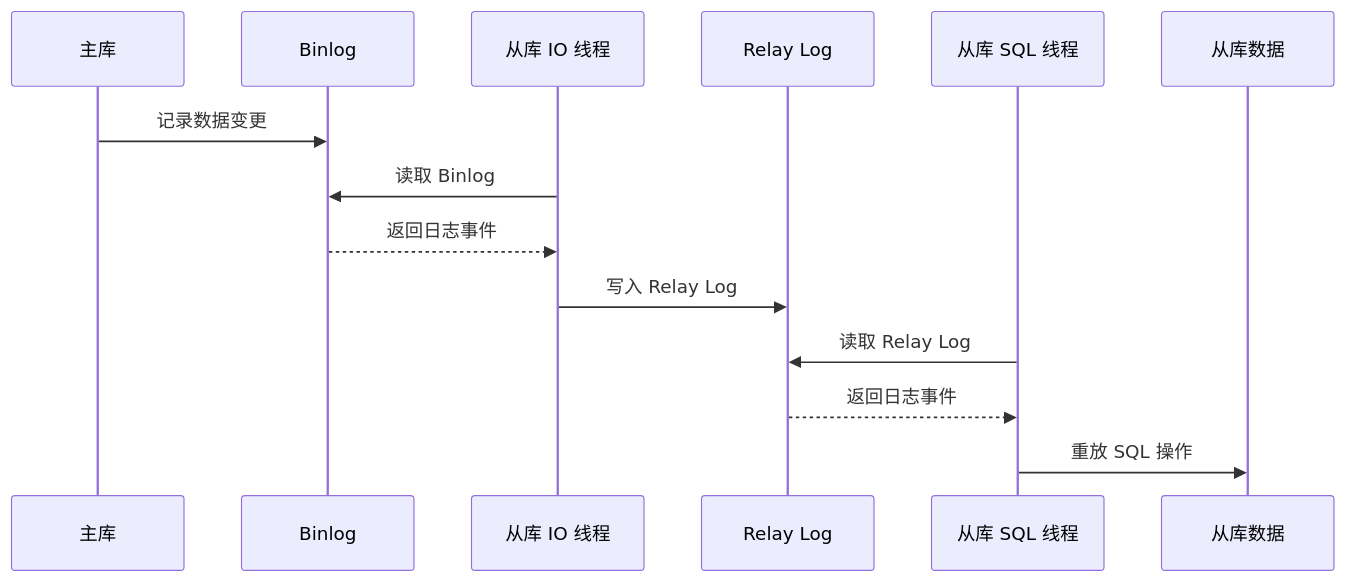
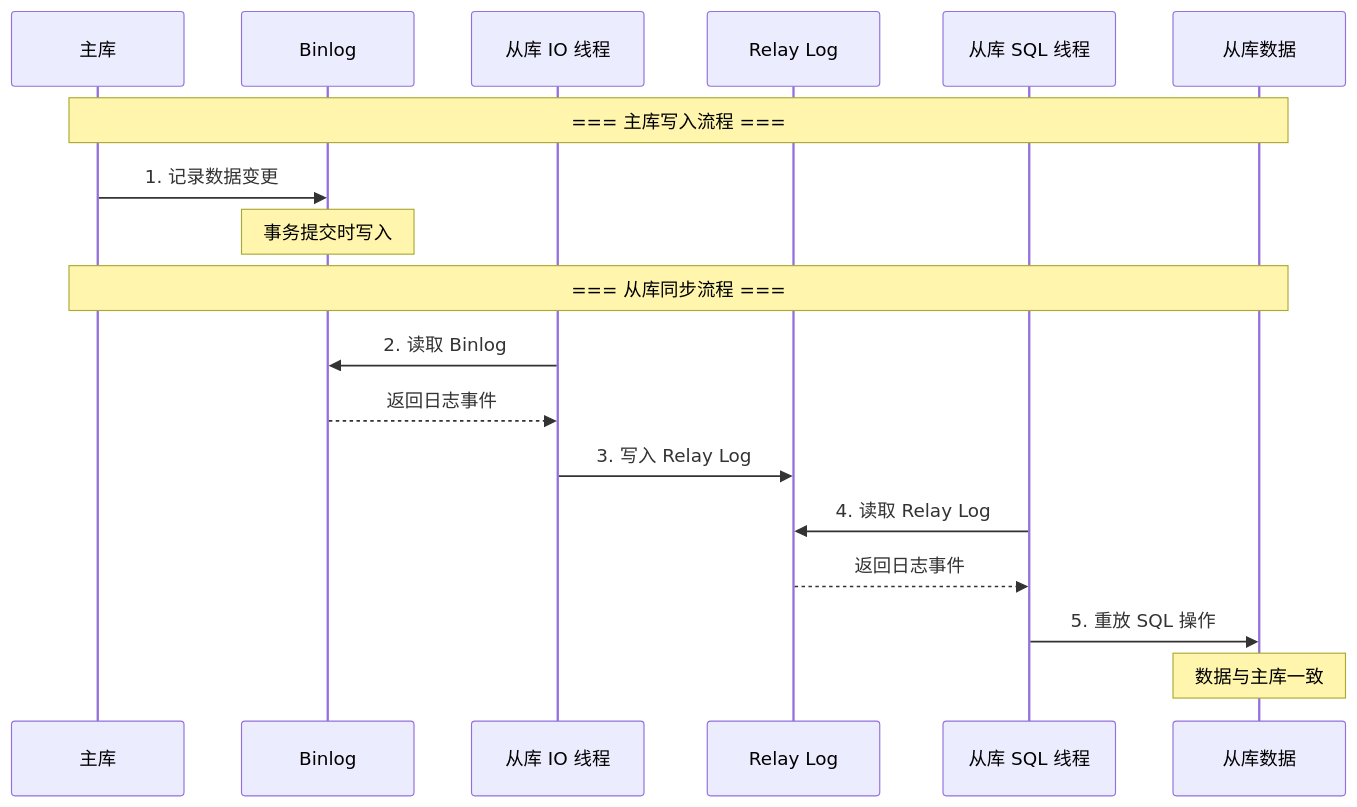
The sixth of 8 diagrams in document/MySQL/MySQL 三大日志详解.md (watslab/interview_doc), drawn with Mermaid before and after one commit. The commit also changed other lines of this file and 4 other files, not shown here.

````diff
--- a/document/MySQL/MySQL 三大日志详解.md
+++ b/document/MySQL/MySQL 三大日志详解.md
@@ -355,17 +406,25 @@
 ```mermaid
 sequenceDiagram
     participant Master as 主库
     participant Binlog as Binlog
     participant IO as 从库 IO 线程
     participant Relay as Relay Log
     participant SQL as 从库 SQL 线程
     participant Slave as 从库数据
+
+    Note over Master,Slave: === 主库写入流程 ===
     
-    Master->>Binlog: 记录数据变更
-    IO->>Binlog: 读取 Binlog
+    Master->>Binlog: 1. 记录数据变更
+    Note over Binlog: 事务提交时写入
+    
+    Note over Master,Slave: === 从库同步流程 ===
+    
+    IO->>Binlog: 2. 读取 Binlog
     Binlog-->>IO: 返回日志事件
-    IO->>Relay: 写入 Relay Log
-    SQL->>Relay: 读取 Relay Log
+    IO->>Relay: 3. 写入 Relay Log
+    
+    SQL->>Relay: 4. 读取 Relay Log
     Relay-->>SQL: 返回日志事件
-    SQL->>Slave: 重放 SQL 操作
+    SQL->>Slave: 5. 重放 SQL 操作
+    Note over Slave: 数据与主库一致
 ```
````
